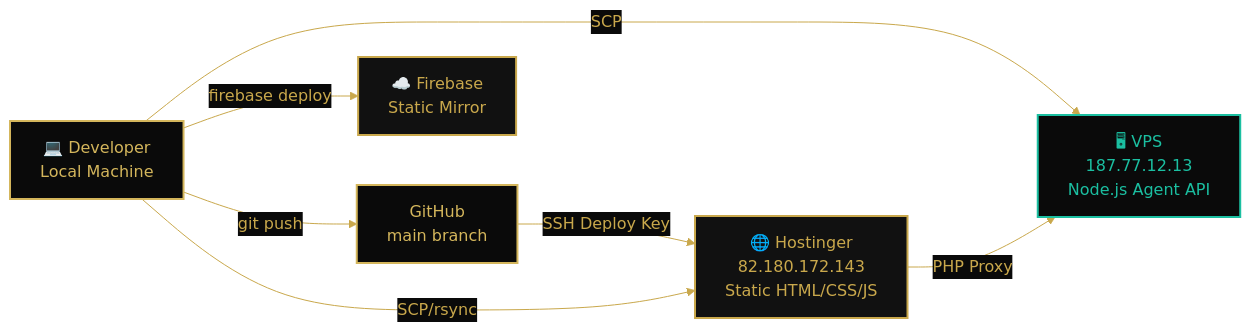
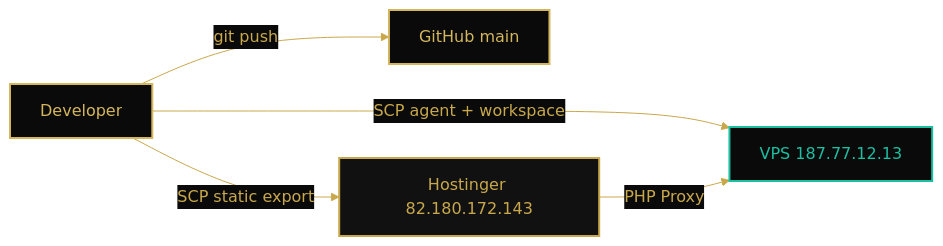
One commit to Victordtesla24/abentertainment changed the second of 3 diagrams in README.md. Above: the diagram before and after it, drawn with Mermaid. The commit also changed other lines of this file and 1 other file, not shown here.

````diff
--- a/README.md
+++ b/README.md
@@ -79,14 +136,12 @@
 ```mermaid
 %%{init: {'theme': 'base', 'themeVariables': { 'primaryColor': '#0A0A0A', 'primaryTextColor': '#C9A84C', 'primaryBorderColor': '#C9A84C', 'lineColor': '#C9A84C'}}}%%
 flowchart LR
     classDef hosting fill:#111111,stroke:#C9A84C,stroke-width:2px,color:#C9A84C;
     classDef vps fill:#0A0A0A,stroke:#1BBFA1,stroke-width:2px,color:#1BBFA1;
     classDef git fill:#0A0A0A,stroke:#D4B65C,stroke-width:2px,color:#D4B65C;
 
-    DEV["💻 Developer<br/>Local Machine"]:::git -->|git push| GITHUB["GitHub<br/>main branch"]:::git
-    GITHUB -->|SSH Deploy Key| HOSTINGER["🌐 Hostinger<br/>82.180.172.143<br/>Static HTML/CSS/JS"]:::hosting
-    DEV -->|SCP/rsync| HOSTINGER
-    DEV -->|SCP| VPS["🖥 VPS<br/>187.77.12.13<br/>Node.js Agent API"]:::vps
+    DEV["Developer"]:::git -->|git push| GITHUB["GitHub main"]:::git
+    DEV -->|SCP static export| HOSTINGER["Hostinger 82.180.172.143"]:::hosting
+    DEV -->|SCP agent + workspace| VPS["VPS 187.77.12.13"]:::vps
     HOSTINGER -->|PHP Proxy| VPS
-    DEV -->|firebase deploy| FIREBASE["☁️ Firebase<br/>Static Mirror"]:::hosting
 ```
````
